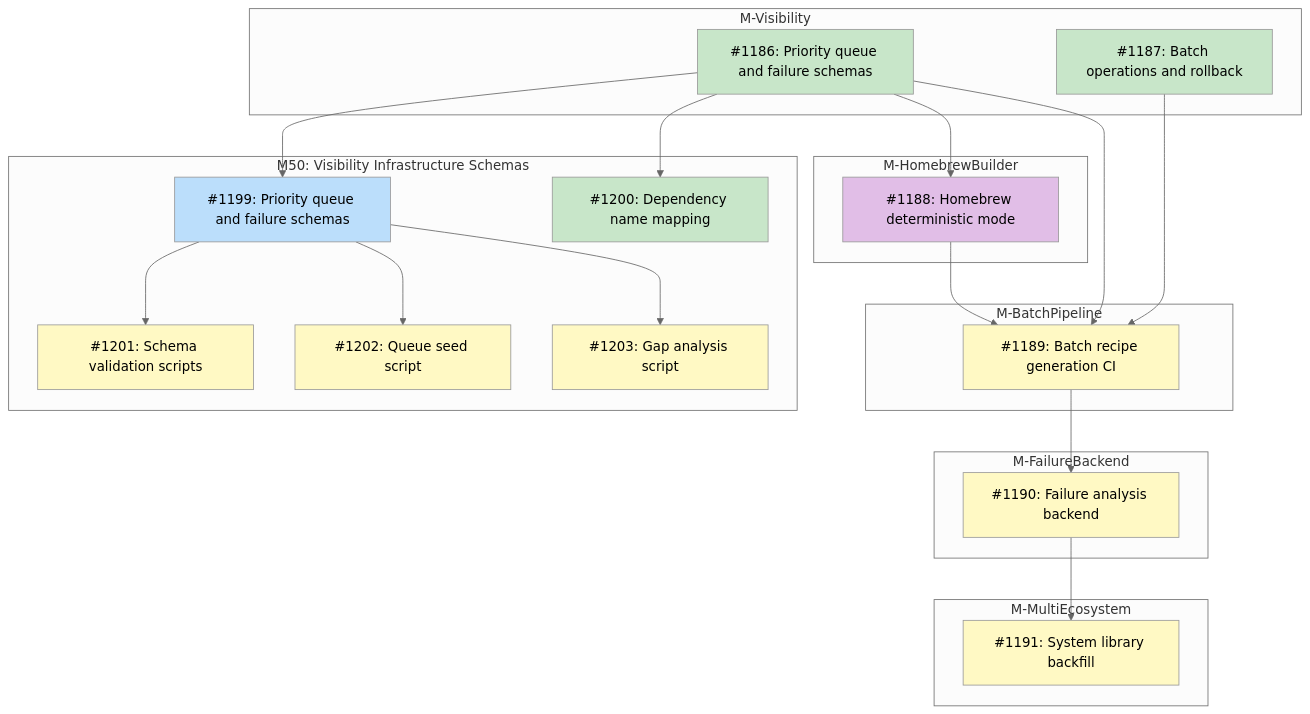
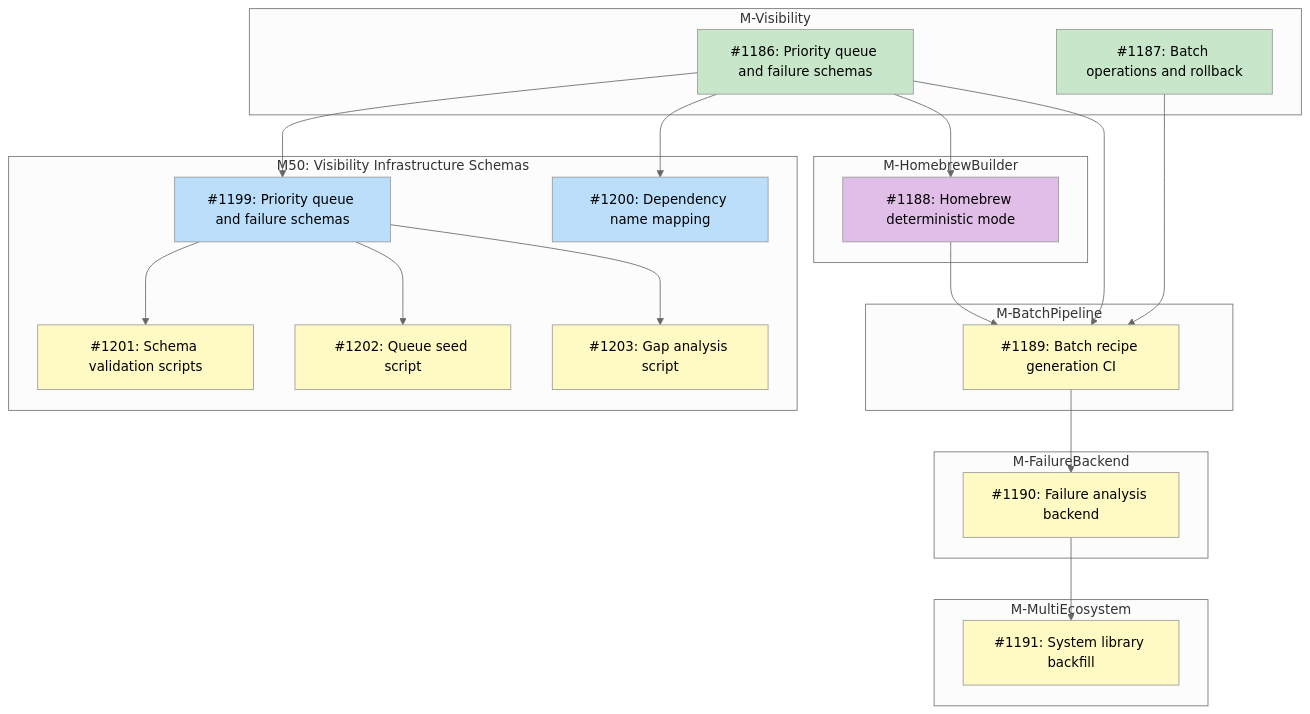
One commit to tsukumogami/tsuku changed the diagram in docs/designs/DESIGN-registry-scale-strategy.md. Above: the diagram before and after it, drawn with Mermaid (neutral theme). The commit also changed 1 other file, not shown here.

Commit message:
fix(docs): revert diagram class to ready (issue still open)

````diff
--- a/docs/designs/DESIGN-registry-scale-strategy.md
+++ b/docs/designs/DESIGN-registry-scale-strategy.md
@@ -67,55 +67,54 @@
 ```mermaid
 graph TD
     subgraph M_Visibility["M-Visibility"]
         I1186["#1186: Priority queue and failure schemas"]
         I1187["#1187: Batch operations and rollback"]
     end
 
     subgraph M50["M50: Visibility Infrastructure Schemas"]
         I1199["#1199: Priority queue and failure schemas"]
         I1200["#1200: Dependency name mapping"]
         I1201["#1201: Schema validation scripts"]
         I1202["#1202: Queue seed script"]
         I1203["#1203: Gap analysis script"]
     end
 
     subgraph M_HomebrewBuilder["M-HomebrewBuilder"]
         I1188["#1188: Homebrew deterministic mode"]
     end
 
     subgraph M_BatchPipeline["M-BatchPipeline"]
         I1189["#1189: Batch recipe generation CI"]
     end
 
     subgraph M_FailureBackend["M-FailureBackend"]
         I1190["#1190: Failure analysis backend"]
     end
 
     subgraph M_MultiEcosystem["M-MultiEcosystem"]
         I1191["#1191: System library backfill"]
     end
 
     I1186 --> I1199
     I1186 --> I1200
     I1199 --> I1201
     I1199 --> I1202
     I1199 --> I1203
     I1186 --> I1188
     I1186 --> I1189
     I1187 --> I1189
     I1188 --> I1189
     I1189 --> I1190
     I1190 --> I1191
 
     classDef done fill:#c8e6c9
     classDef ready fill:#bbdefb
     classDef blocked fill:#fff9c4
     classDef needsDesign fill:#e1bee7
 
     class I1186,I1187 done
-    class I1200 done
-    class I1199 ready
+    class I1199,I1200 ready
     class I1188 needsDesign
     class I1201,I1202,I1203 blocked
     class I1189,I1190,I1191 blocked
 ```
````
